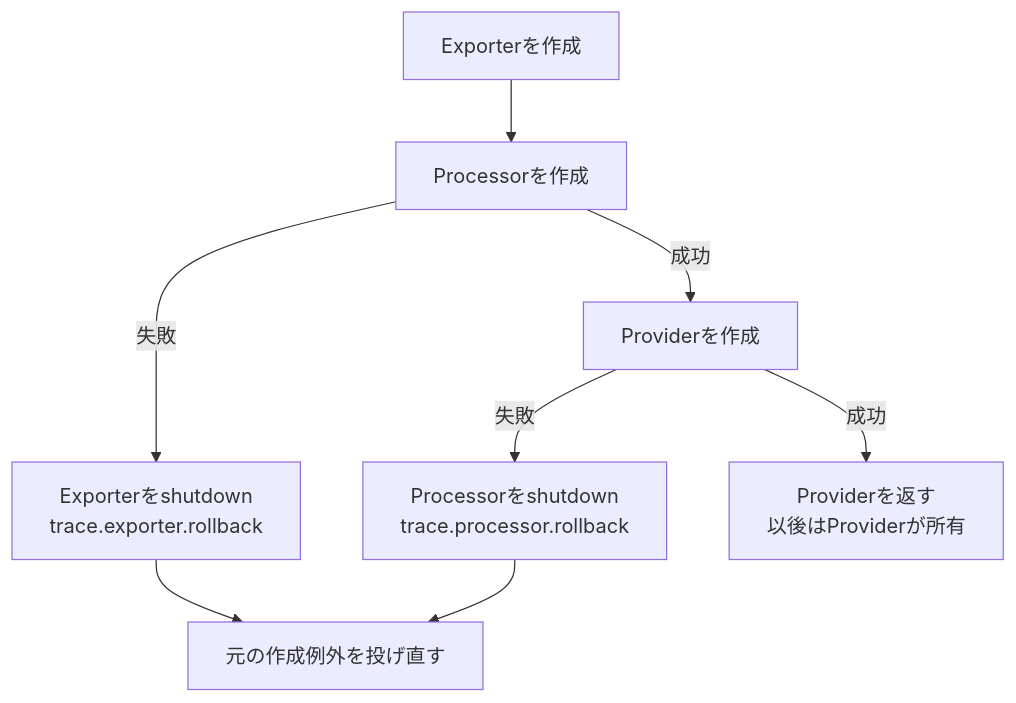
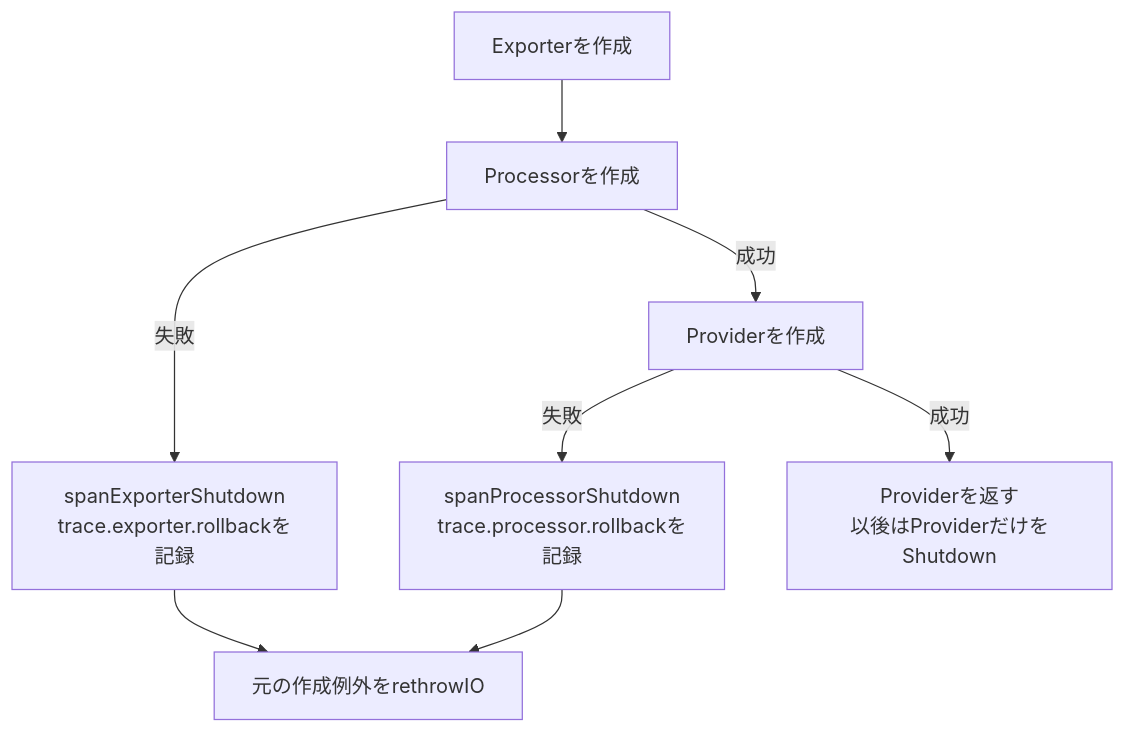
Before and after one commit to takashit16833/Workbench: the third of 4 diagrams in Notes/RAGScope/RAGScopeアプリケーション/RS-0024 OpenTelemetry SDKの確保・終了・結果記録を読む.md, drawn with Mermaid. The commit also changed other lines of this file, not shown here.

Commit message:
Make OpenTelemetry lifecycle study note diagram-first and concise

````diff
--- a/Notes/RAGScope/RAGScopeアプリケーション/RS-0024 OpenTelemetry SDKの確保・終了・結果記録を読む.md
+++ b/Notes/RAGScope/RAGScopeアプリケーション/RS-0024 OpenTelemetry SDKの確保・終了・結果記録を読む.md
@@ -66,10 +92,10 @@
 ```mermaid
 flowchart TD
     A["Exporterを作成"] --> B["Processorを作成"]
-    B -->|失敗| C["Exporterをshutdown\ntrace.exporter.rollback"]
+    B -->|失敗| C["spanExporterShutdown<br/>trace.exporter.rollbackを記録"]
     B -->|成功| D["Providerを作成"]
-    D -->|失敗| E["Processorをshutdown\ntrace.processor.rollback"]
-    D -->|成功| F["Providerを返す\n以後はProviderが所有"]
-    C --> G["元の作成例外を投げ直す"]
+    D -->|失敗| E["spanProcessorShutdown<br/>trace.processor.rollbackを記録"]
+    D -->|成功| F["Providerを返す<br/>以後はProviderだけをShutdown"]
+    C --> G["元の作成例外をrethrowIO"]
     E --> G
 ```
````
